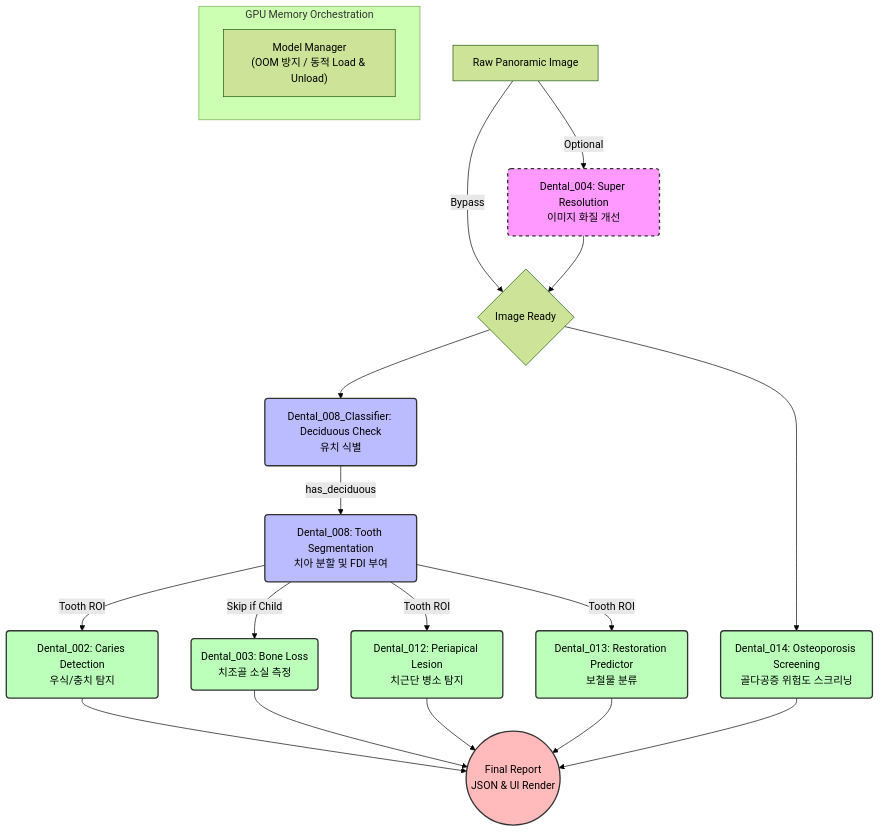
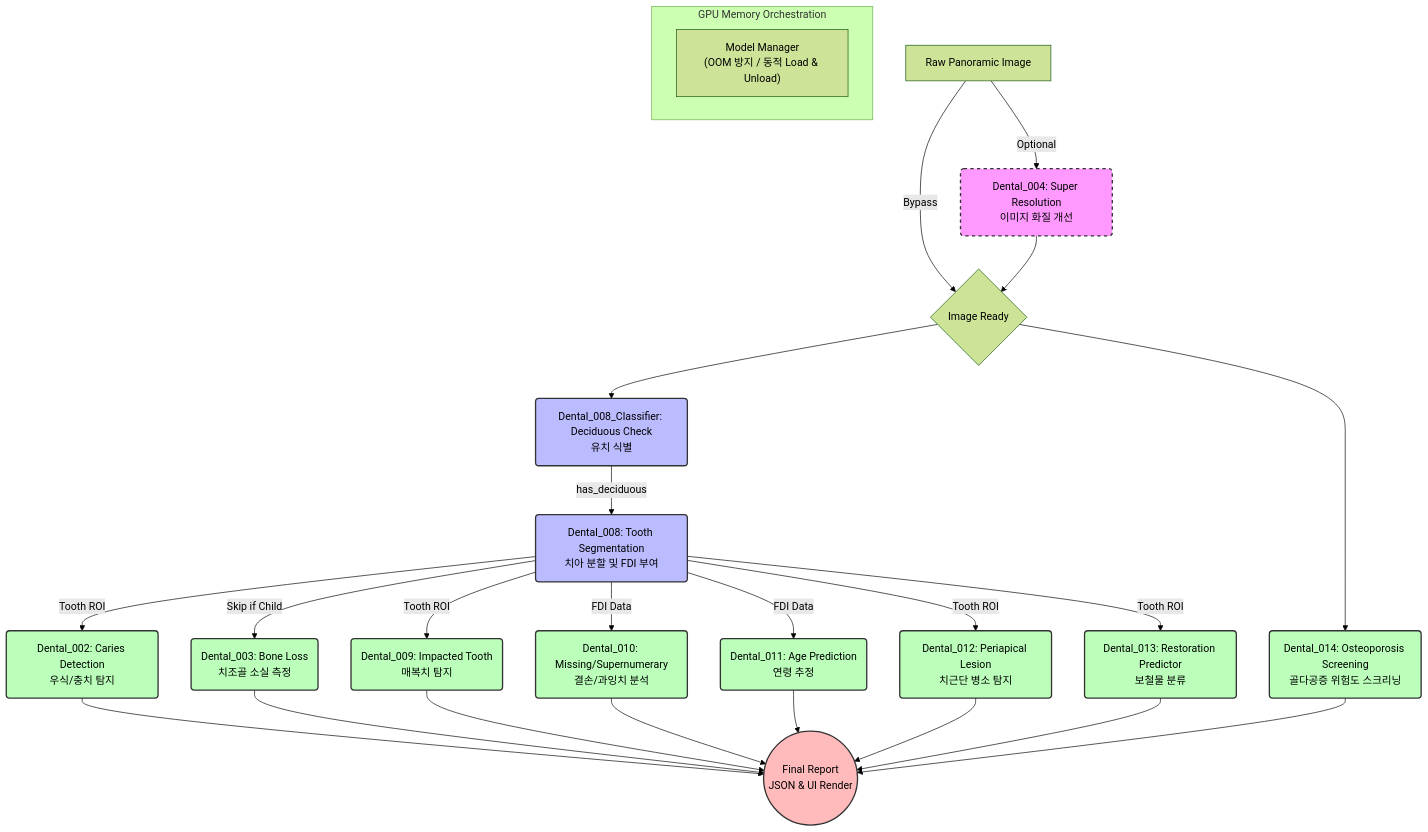
The diagram in README.md (HyunchanAn/Dental_Panoramic_Reader), drawn with Mermaid (forest theme) before and after one commit. The commit also changed other lines of this file, not shown here.

Commit message:
docs: add Dental_009, 010, 011 modules to pipeline diagram and descriptions

````diff
--- a/README.md
+++ b/README.md
@@ -28,40 +28,46 @@
 ```mermaid
 graph TD
     %% Main Inputs
     Input["Raw Panoramic Image"] --> |Optional| SR("Dental_004: Super Resolution<br/>이미지 화질 개선")
     Input --> |Bypass| MainFlow
     SR --> MainFlow{"Image Ready"}
 
     %% Phase 1 & 2: Global Analysis & Segmentation
     MainFlow --> D8_Class("Dental_008_Classifier: Deciduous Check<br/>유치 식별")
     MainFlow --> D14("Dental_014: Osteoporosis Screening<br/>골다공증 위험도 스크리닝")
     D8_Class --> |"has_deciduous"| D8_Seg("Dental_008: Tooth Segmentation<br/>치아 분할 및 FDI 부여")
 
     %% Phase 3: Detailed Prediction Modules
     D8_Seg --> |"Tooth ROI"| D2("Dental_002: Caries Detection<br/>우식/충치 탐지")
     D8_Seg --> |"Tooth ROI"| D12("Dental_012: Periapical Lesion<br/>치근단 병소 탐지")
     D8_Seg --> |"Tooth ROI"| D13("Dental_013: Restoration Predictor<br/>보철물 분류")
+    D8_Seg --> |"Tooth ROI"| D9("Dental_009: Impacted Tooth<br/>매복치 탐지")
+    D8_Seg --> |"FDI Data"| D10("Dental_010: Missing/Supernumerary<br/>결손/과잉치 분석")
+    D8_Seg --> |"FDI Data"| D11("Dental_011: Age Prediction<br/>연령 추정")
     D8_Seg --> |"Skip if Child"| D3("Dental_003: Bone Loss<br/>치조골 소실 측정")
 
     %% Post-processing & Output
     D2 --> OutputReport(("Final Report<br/>JSON & UI Render"))
     D3 --> OutputReport
+    D9 --> OutputReport
+    D10 --> OutputReport
+    D11 --> OutputReport
     D12 --> OutputReport
     D13 --> OutputReport
     D14 --> OutputReport
 
     %% Resource Management
     subgraph "GPU Memory Orchestration"
         MM["Model Manager<br/>(OOM 방지 / 동적 Load & Unload)"]
     end
 
     classDef optional fill:#f9f,stroke:#333,stroke-width:2px,stroke-dasharray: 5 5,color:#000;
     classDef core fill:#bbf,stroke:#333,stroke-width:2px,color:#000;
     classDef analysis fill:#bfb,stroke:#333,stroke-width:2px,color:#000;
     classDef output fill:#fbb,stroke:#333,stroke-width:2px,color:#000;
 
     class SR optional;
     class D8_Class,D8_Seg core;
-    class D2,D3,D12,D13,D14 analysis;
+    class D2,D3,D9,D10,D11,D12,D13,D14 analysis;
     class OutputReport output;
 ```
````
